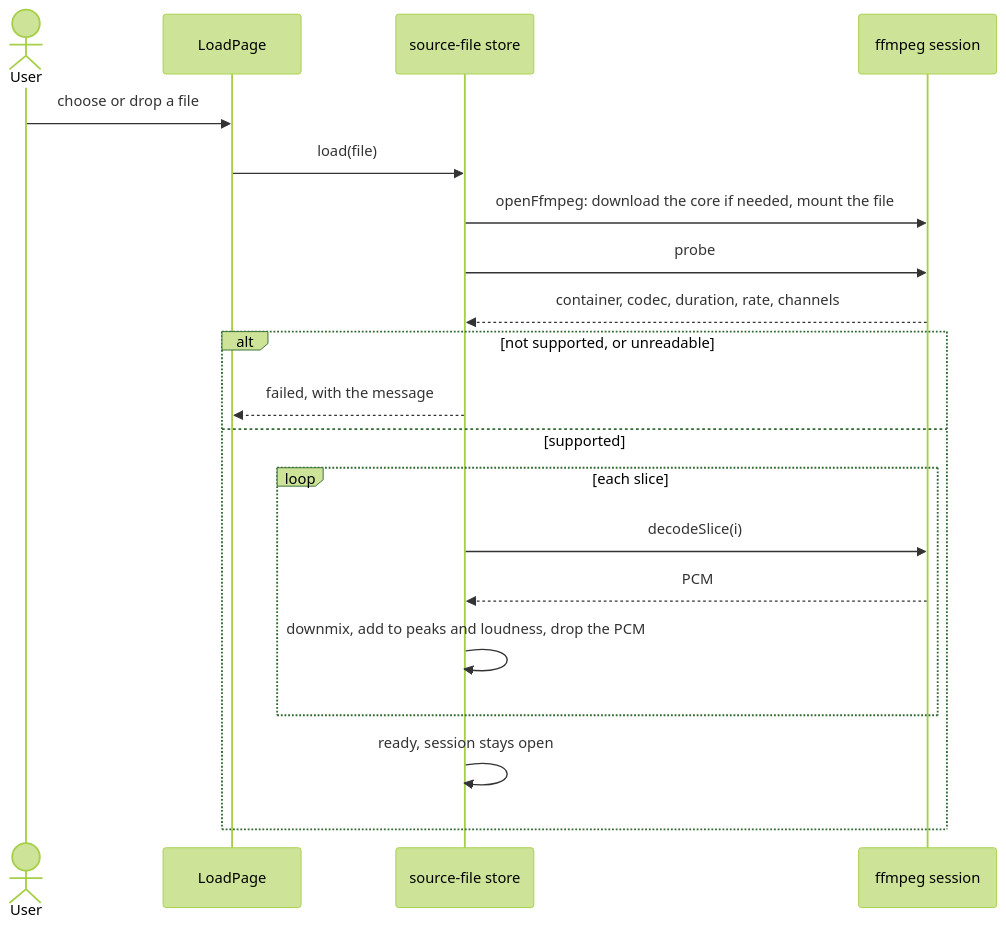
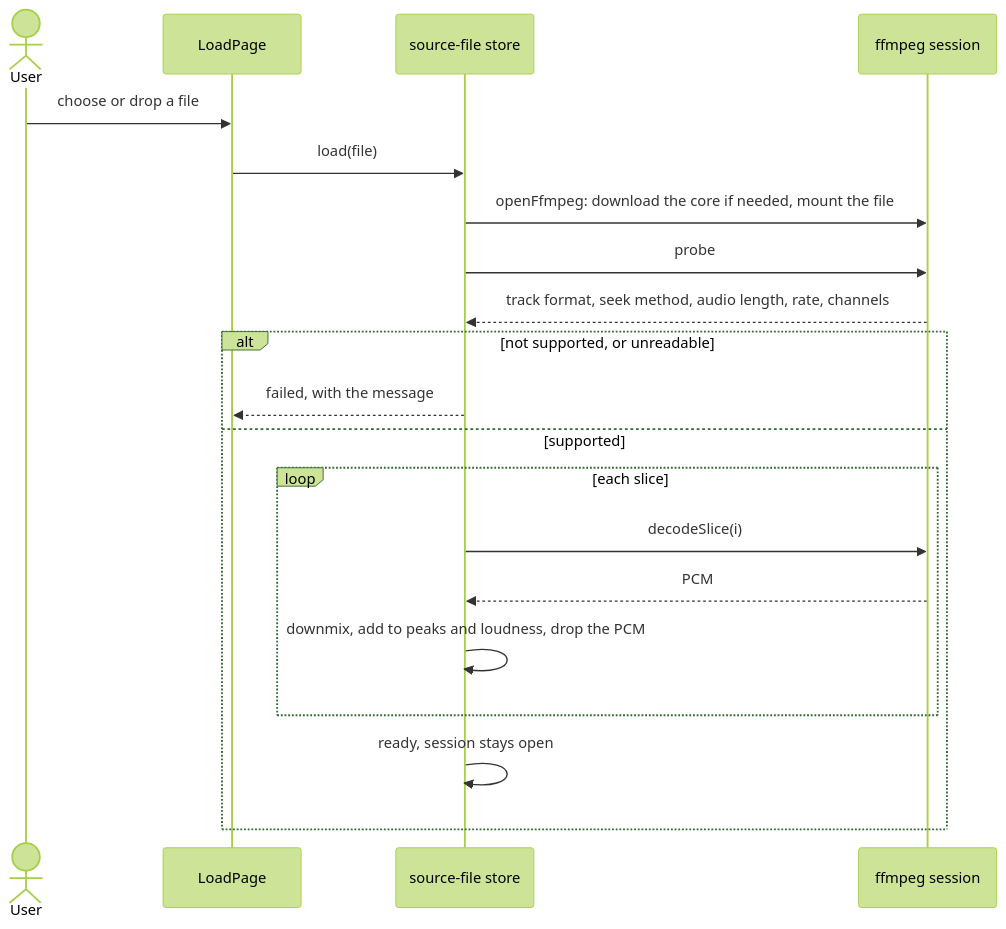
Before and after one commit to suleymanyaryev/audio-splitter: the third of 11 diagrams in docs/architecture.md, drawn with Mermaid (forest theme). The commit also changed other lines of this file and 11 other files, not shown here.

````diff
--- a/docs/architecture.md
+++ b/docs/architecture.md
@@ -117,23 +117,23 @@
 ```mermaid
 sequenceDiagram
   actor User
   participant page as LoadPage
   participant store as source-file store
   participant session as ffmpeg session
 
   User->>page: choose or drop a file
   page->>store: load(file)
   store->>session: openFfmpeg: download the core if needed, mount the file
   store->>session: probe
-  session-->>store: container, codec, duration, rate, channels
+  session-->>store: track format, seek method, audio length, rate, channels
   alt not supported, or unreadable
     store-->>page: failed, with the message
   else supported
     loop each slice
       store->>session: decodeSlice(i)
       session-->>store: PCM
       store->>store: downmix, add to peaks and loudness, drop the PCM
     end
     store->>store: ready, session stays open
   end
 ```
````
